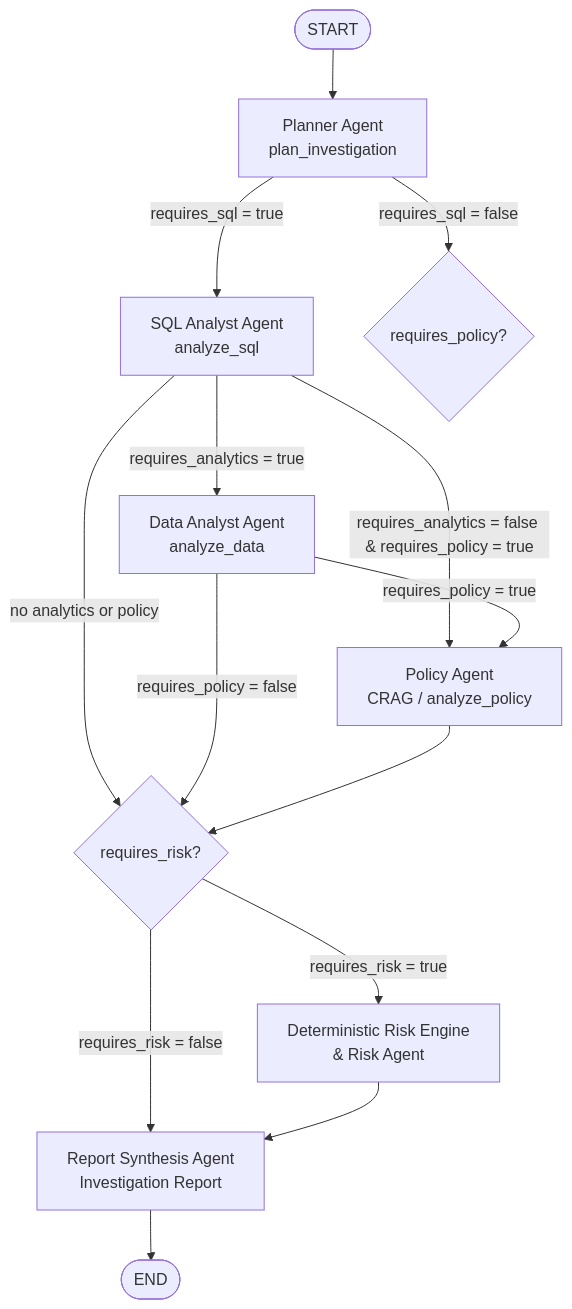
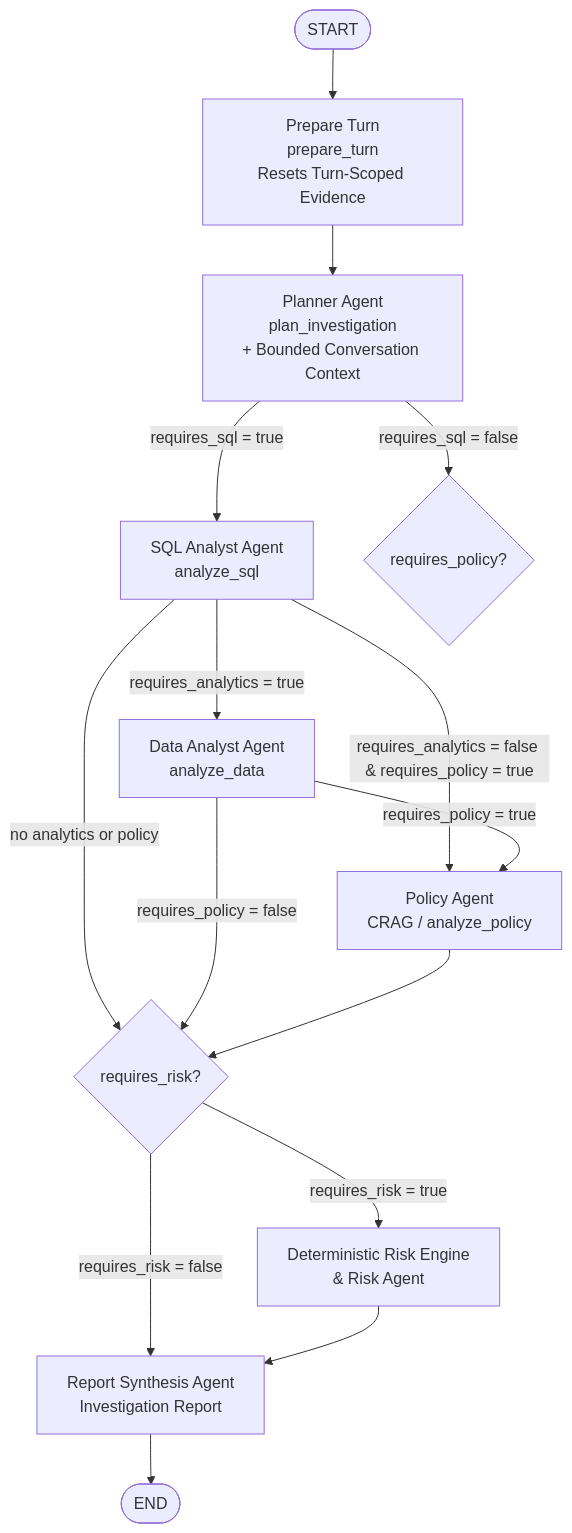
One commit to zainexperience2005/financial-intelligence-risk-platform changed the diagram in README.md. Above: the diagram before and after it, drawn with Mermaid. The commit also changed other lines of this file and 20 other files, not shown here.

````diff
--- a/README.md
+++ b/README.md
@@ -41,23 +41,24 @@
 ```mermaid
 flowchart TD
-    START([START]) --> Planner[Planner Agent<br/>plan_investigation]
+    START([START]) --> PrepareTurn[Prepare Turn<br/>prepare_turn<br/>Resets Turn-Scoped Evidence]
+    PrepareTurn --> Planner[Planner Agent<br/>plan_investigation<br/>+ Bounded Conversation Context]
     
     Planner -->|requires_sql = true| SQL[SQL Analyst Agent<br/>analyze_sql]
     Planner -->|requires_sql = false| AnalyzePolicy{requires_policy?}
     
     SQL -->|requires_analytics = true| DataAnalyst[Data Analyst Agent<br/>analyze_data]
     SQL -->|requires_analytics = false & requires_policy = true| PolicyAgent[Policy Agent<br/>CRAG / analyze_policy]
     SQL -->|no analytics or policy| RiskCheck{requires_risk?}
     
     DataAnalyst -->|requires_policy = true| PolicyAgent
     DataAnalyst -->|requires_policy = false| RiskCheck
     
     PolicyAgent --> RiskCheck
     
     RiskCheck -->|requires_risk = true| RiskAgent[Deterministic Risk Engine<br/>& Risk Agent]
     RiskCheck -->|requires_risk = false| ReportAgent[Report Synthesis Agent<br/>Investigation Report]
     
     RiskAgent --> ReportAgent
     
     ReportAgent --> END_NODE([END])
 ```
````
